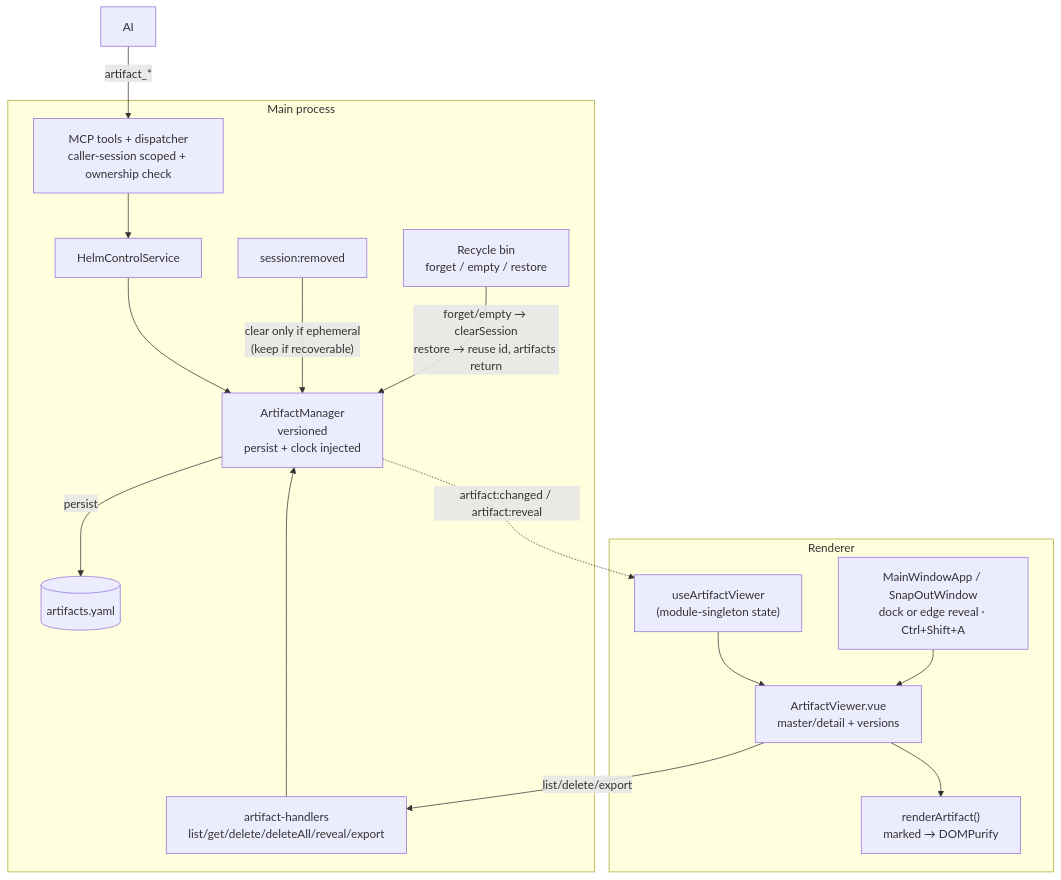
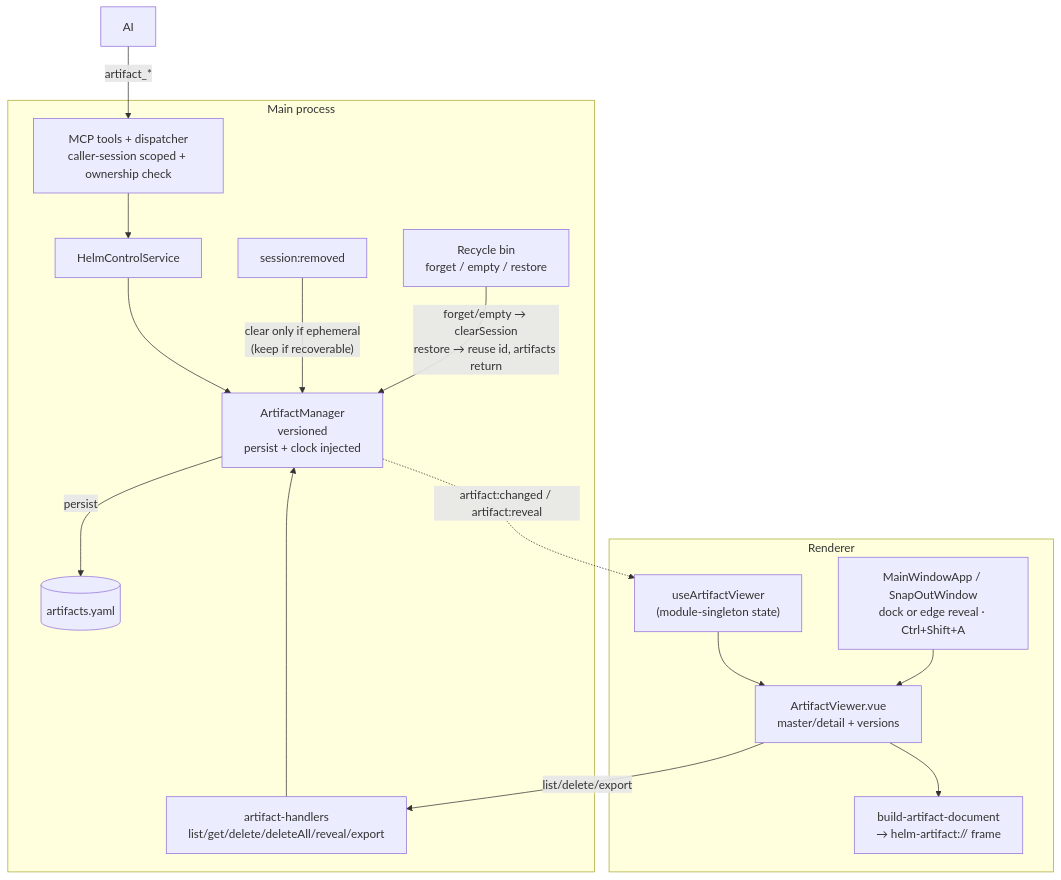
The third of 3 diagrams in docs/artifact-viewer.md (PetePeter/helm), drawn with Mermaid before and after one commit. The commit also changed other lines of this file and 17 other files, not shown here.

First line of the commit message:
fix(artifacts): render markdown in the isolated frame; mermaid diagrams fixed

````diff
--- a/docs/artifact-viewer.md
+++ b/docs/artifact-viewer.md
@@ -363,27 +388,27 @@
 ```mermaid
 graph TB
     subgraph "Main process"
         AM["ArtifactManager<br/>versioned<br/>persist + clock injected"]
         IPC["artifact-handlers<br/>list/get/delete/deleteAll/reveal/export"]
         MCP["MCP tools + dispatcher<br/>caller-session scoped + ownership check"]
         SVC["HelmControlService"]
         YAML[("artifacts.yaml")]
         SR["session:removed"]
         BIN["Recycle bin<br/>forget / empty / restore"]
     end
     subgraph "Renderer"
         COMP["useArtifactViewer<br/>(module-singleton state)"]
         VIEW["ArtifactViewer.vue<br/>master/detail + versions"]
-        RENDER["renderArtifact()<br/>marked → DOMPurify"]
+        RENDER["build-artifact-document<br/>→ helm-artifact:// frame"]
         MAIN["MainWindowApp / SnapOutWindow<br/>dock or edge reveal · Ctrl+Shift+A"]
     end
 
     AI["AI"] -->|artifact_*| MCP --> SVC --> AM
     AM -->|persist| YAML
     AM -. "artifact:changed / artifact:reveal" .-> COMP
     COMP --> VIEW --> RENDER
     MAIN --> VIEW
     VIEW -->|list/delete/export| IPC --> AM
     SR -->|"clear only if ephemeral<br/>(keep if recoverable)"| AM
     BIN -->|"forget/empty → clearSession<br/>restore → reuse id, artifacts return"| AM
 ```
````
